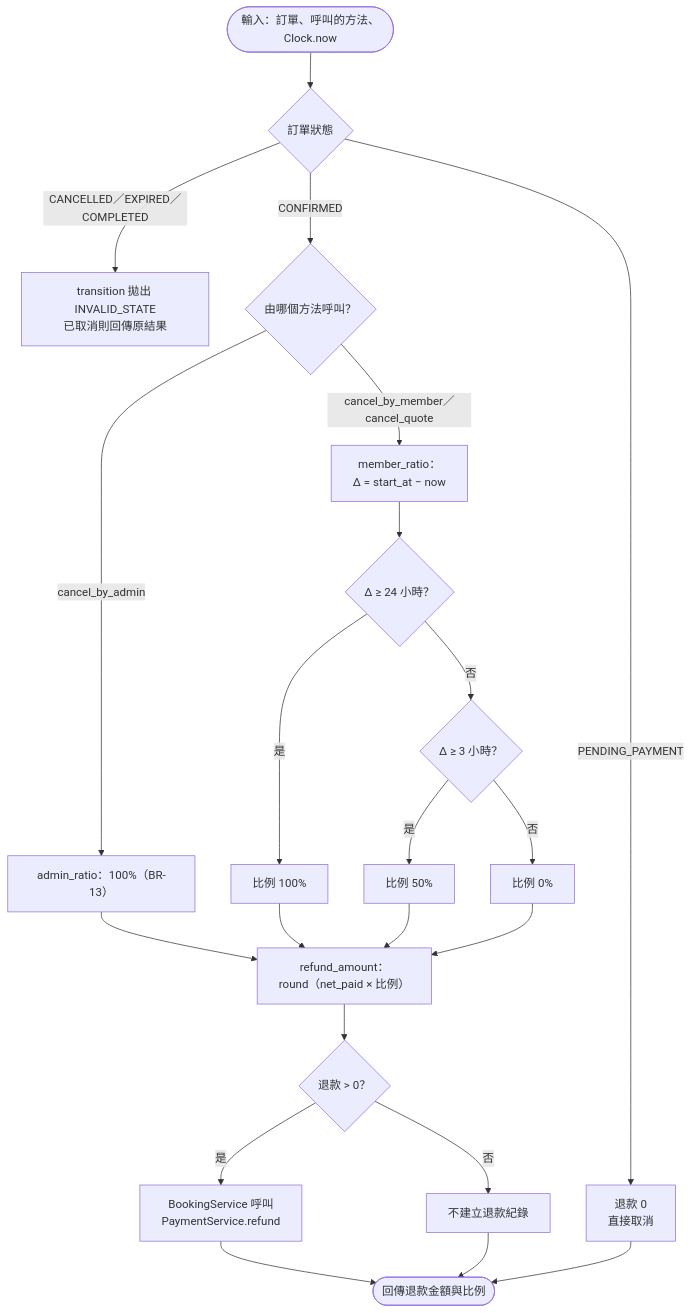
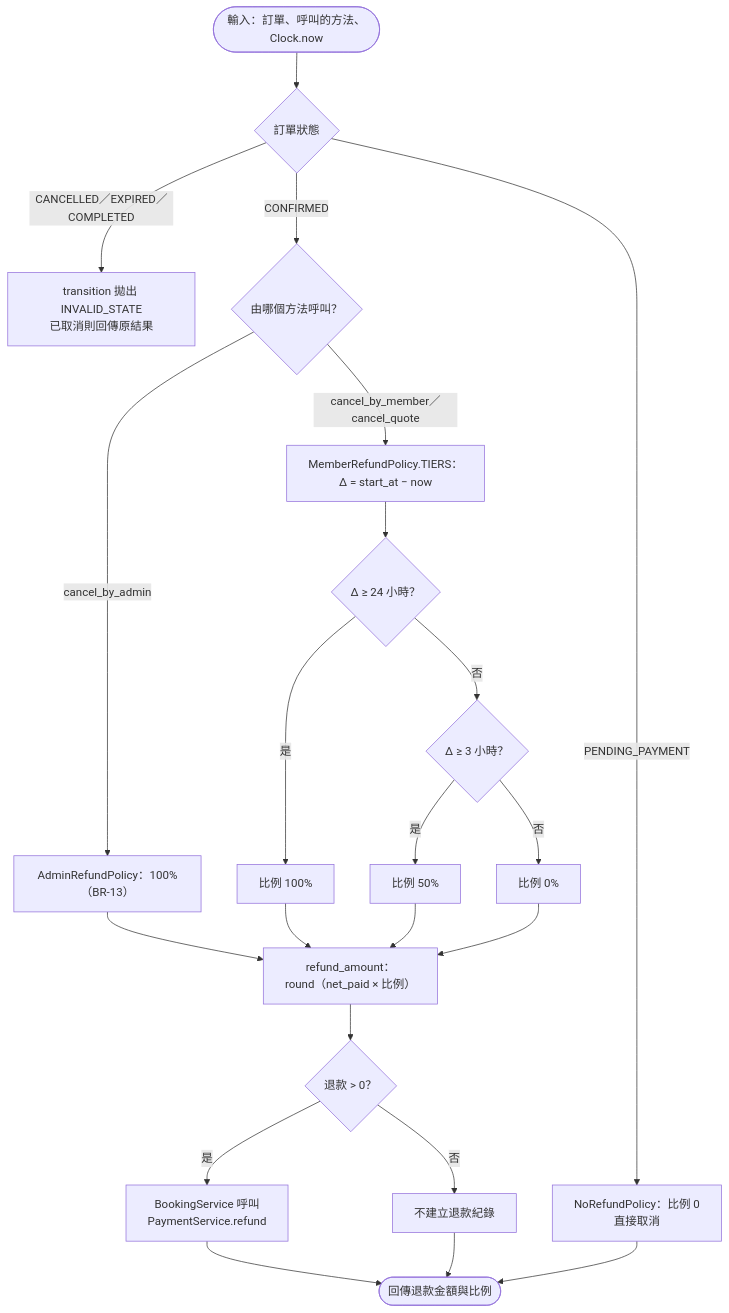
One commit to mason45ok/NCU_Sofware_Eng changed diagram 20 of 21 in BMAD/docs/設計圖_邏輯設計與細部設計.md. Above: the diagram before and after it, drawn with Mermaid. The commit also changed other lines of this file and 9 other files, not shown here.

First line of the commit message:
docs: 同步第四層重構（ARCHITECTURE、設計圖與 PNG、AI 使用紀錄）

````diff
--- a/BMAD/docs/設計圖_邏輯設計與細部設計.md
+++ b/BMAD/docs/設計圖_邏輯設計與細部設計.md
@@ -1172,24 +1236,24 @@
 ```mermaid
 flowchart TD
     S([輸入：訂單、呼叫的方法、Clock.now]) --> A{訂單狀態}
-    A -- PENDING_PAYMENT --> Z0[退款 0<br/>直接取消]
+    A -- PENDING_PAYMENT --> Z0[NoRefundPolicy：比例 0<br/>直接取消]
     A -- CANCELLED／EXPIRED／COMPLETED --> E[transition 拋出 INVALID_STATE<br/>已取消則回傳原結果]
     A -- CONFIRMED --> B{由哪個方法呼叫？}
-    B -- cancel_by_admin --> F[admin_ratio：100%（BR-13）]
-    B -- cancel_by_member／cancel_quote --> C[member_ratio：<br/>Δ = start_at − now]
+    B -- cancel_by_admin --> F[AdminRefundPolicy：100%（BR-13）]
+    B -- cancel_by_member／cancel_quote --> C[MemberRefundPolicy.TIERS：<br/>Δ = start_at − now]
     C --> D{Δ ≥ 24 小時？}
     D -- 是 --> F2[比例 100%]
     D -- 否 --> G{Δ ≥ 3 小時？}
     G -- 是 --> H[比例 50%]
     G -- 否 --> I[比例 0%]
     F --> J[refund_amount：<br/>round（net_paid × 比例）]
     F2 --> J
     H --> J
     I --> J
     J --> K{退款 > 0？}
     K -- 是 --> L[BookingService 呼叫<br/>PaymentService.refund]
     K -- 否 --> M[不建立退款紀錄]
     L --> N([回傳退款金額與比例])
     M --> N
     Z0 --> N
 ```
````
